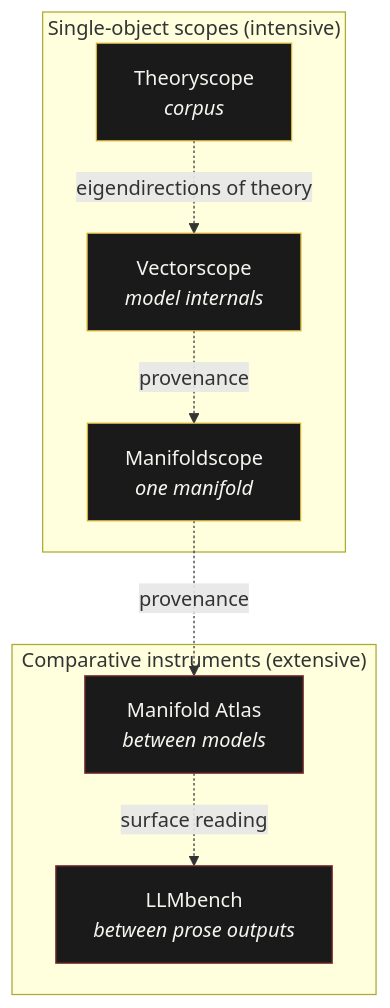
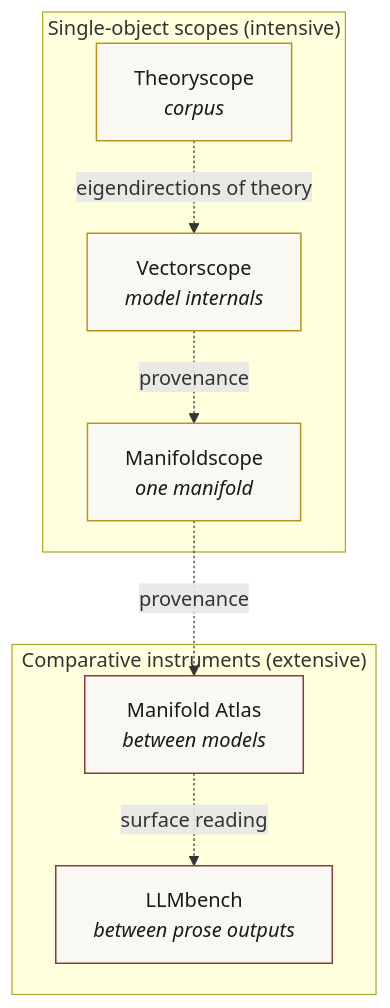
One commit to vector-lab-tools/vector-lab-tools.github.io changed the diagram in index.md. Above: the diagram before and after it, drawn with Mermaid. The commit also changed other lines of this file and 12 other files, not shown here.

```diff
--- a/index.md
+++ b/index.md
@@ -28,23 +28,23 @@
 <div class="mermaid">
 graph TB
   subgraph scopes["Single-object scopes (intensive)"]
     T[Theoryscope<br/><i>corpus</i>]
     V[Vectorscope<br/><i>model internals</i>]
     M[Manifoldscope<br/><i>one manifold</i>]
   end
 
   subgraph comparative["Comparative instruments (extensive)"]
     A[Manifold Atlas<br/><i>between models</i>]
     L[LLMbench<br/><i>between prose outputs</i>]
   end
 
   V -.provenance.-> M
   M -.provenance.-> A
   A -.surface reading.-> L
   T -.eigendirections of theory.-> V
 
-  classDef scope fill:#1a1a1a,stroke:#d4af37,color:#f5f5f0,stroke-width:1px;
-  classDef comp fill:#1a1a1a,stroke:#8b3a3a,color:#f5f5f0,stroke-width:1px;
+  classDef scope fill:#faf8f2,stroke:#b8941e,color:#1a1a1a,stroke-width:1.2px;
+  classDef comp fill:#faf8f2,stroke:#8b3a3a,color:#1a1a1a,stroke-width:1.2px;
   class T,V,M scope;
   class A,L comp;
 </div>
```
